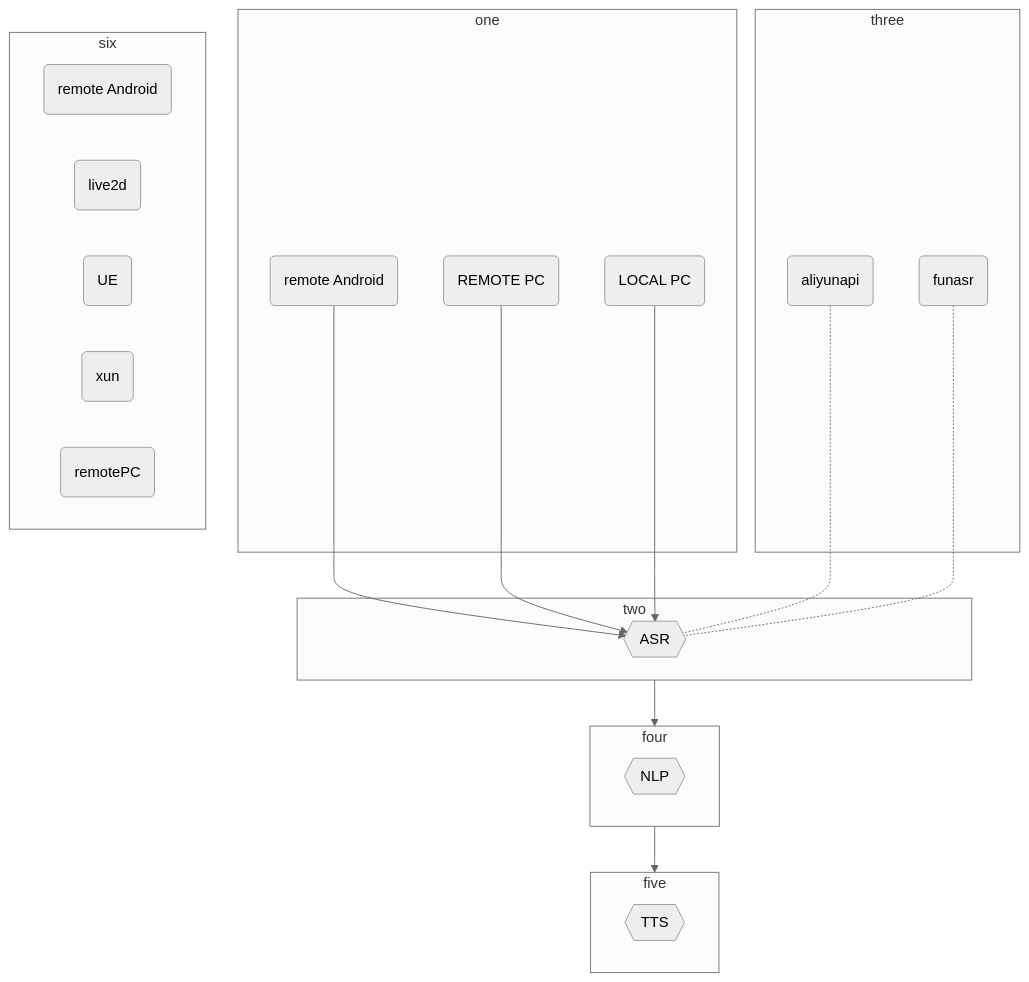
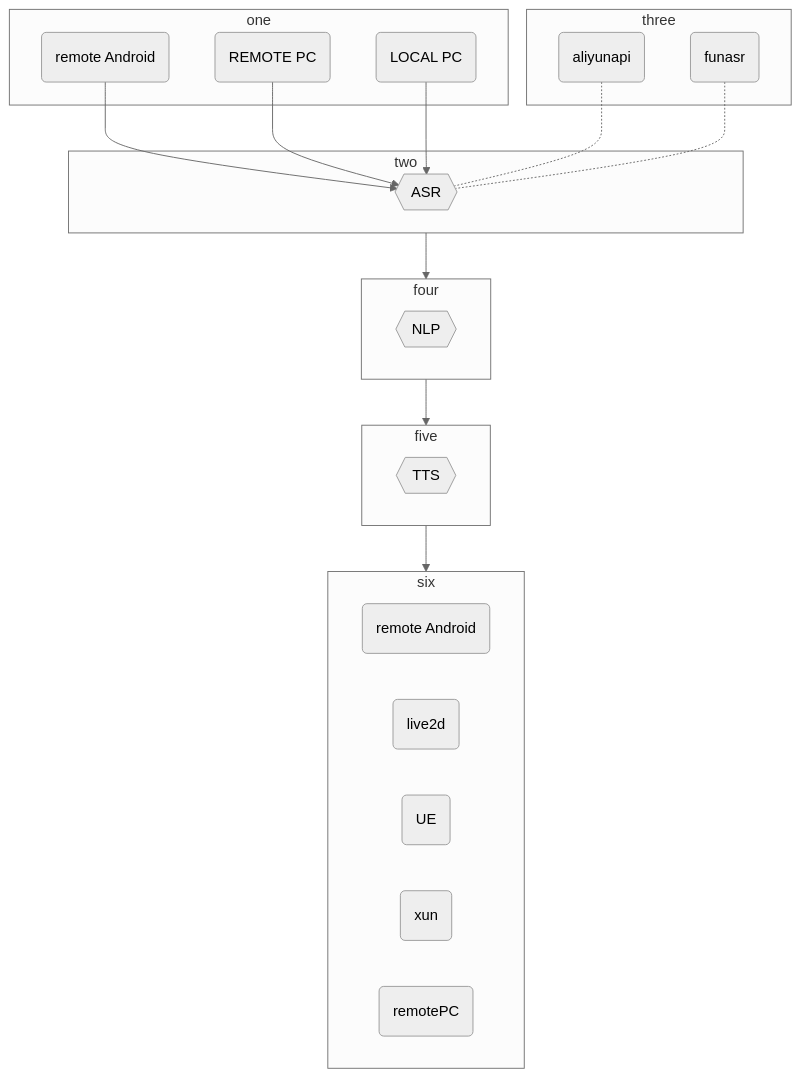
The diagram in README.md (Luckyyaheen/testmd), drawn with Mermaid (neutral theme) before and after one commit.

````diff
--- a/README.md
+++ b/README.md
@@ -2,49 +2,48 @@
 ```mermaid
 flowchart TB
 
     aa-->asr
     cc-->asr
     bb-->asr
 
     aliyun-.-asr
     funasr-.-asr
 
 
     subgraph one
     aa("remote Android")
     cc("REMOTE PC")
     bb("LOCAL PC")
     end
 
     subgraph two
     asr{{"ASR"}}
     end
 
     subgraph three
     aliyun("aliyunapi")
     funasr("funasr")  
     end
 
     subgraph four
     nlp{{"NLP"}}
     end
 
     subgraph five
     tts{{"TTS"}}
     end
 
 
     subgraph six
     sixa("remote Android")
     sixb("live2d")
     sixc("UE")
     sixd("xun")
     sixe("remotePC")
     end
 
-
     two --> four
-
     four --> five
+    five --> six
 
 ```
````
